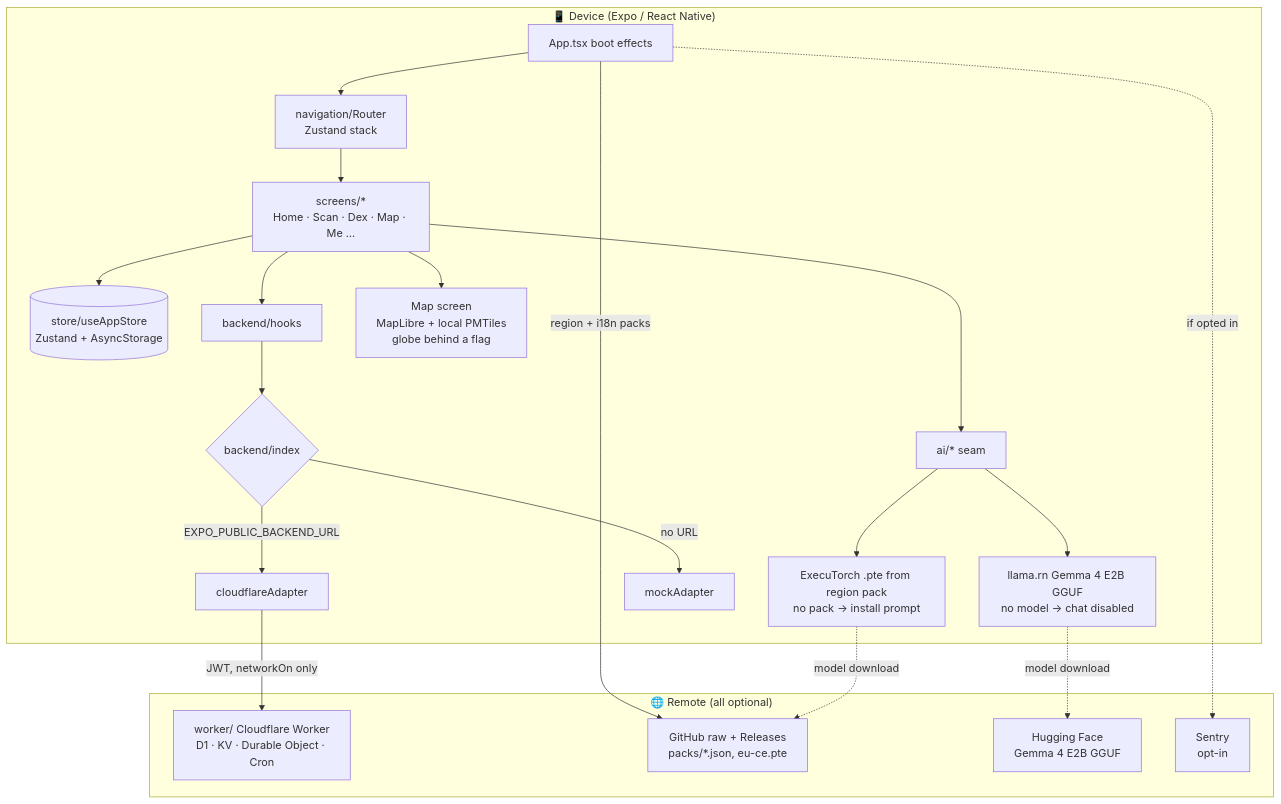
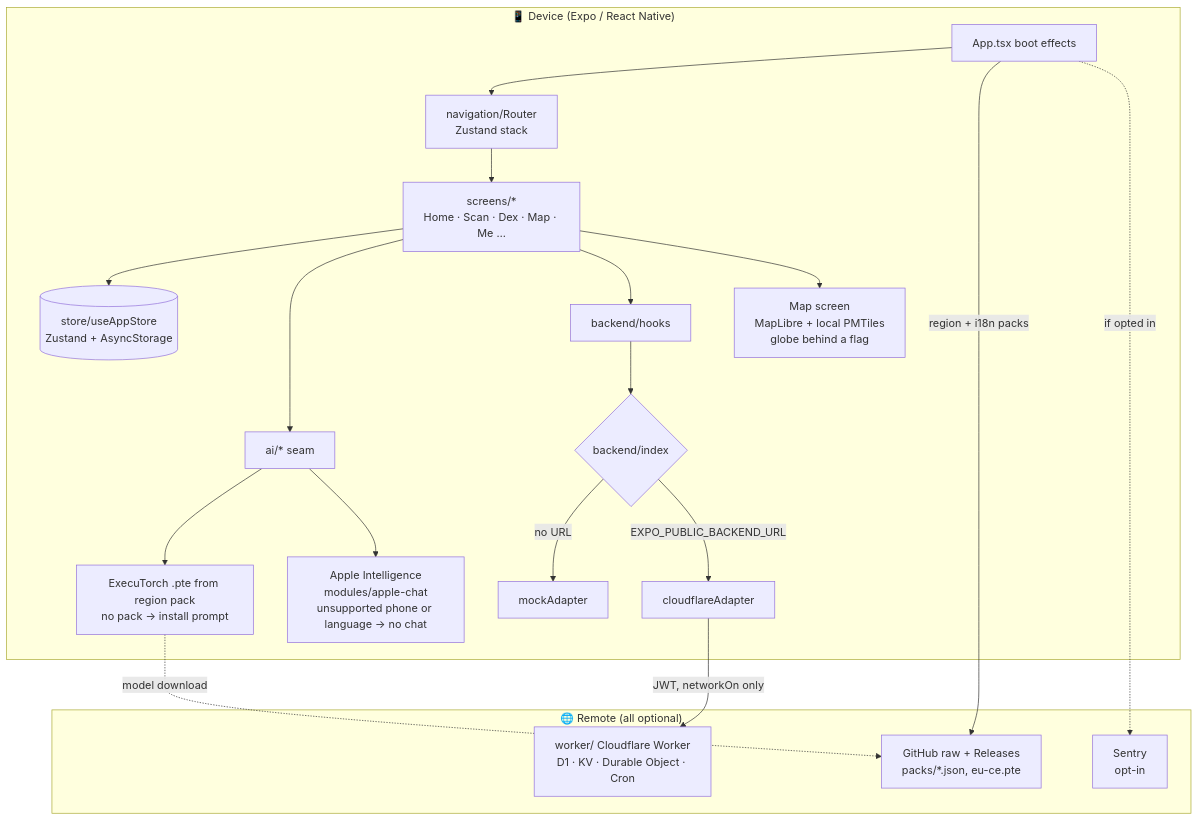
Before and after one commit to krzysztofradomski/critterboard: the diagram in docs/architecture.md, drawn with Mermaid. The commit also changed other lines of this file and 56 other files, not shown here.

First line of the commit message:
Chat runs on Apple Intelligence; remove the downloaded Qwen3 model

````diff
--- a/docs/architecture.md
+++ b/docs/architecture.md
@@ -11,29 +11,27 @@
 ```mermaid
 flowchart TB
   subgraph Device["📱 Device (Expo / React Native)"]
     App[App.tsx boot effects] --> Router[navigation/Router<br/>Zustand stack]
     Router --> Screens[screens/*<br/>Home · Scan · Dex · Map · Me …]
     Screens --> Store[(store/useAppStore<br/>Zustand + AsyncStorage)]
     Screens --> AI[ai/* seam]
     Screens --> Hooks[backend/hooks]
     AI --> Vision[ExecuTorch .pte from region pack<br/>no pack → install prompt]
-    AI --> Chat[llama.rn Gemma 4 E2B GGUF<br/>no model → chat disabled]
+    AI --> Chat[Apple Intelligence<br/>modules/apple-chat<br/>unsupported phone or language → no chat]
     Hooks --> Adapter{backend/index}
     Adapter -->|no URL| Mock[mockAdapter]
     Adapter -->|EXPO_PUBLIC_BACKEND_URL| CF[cloudflareAdapter]
     Screens --> Map[Map screen<br/>MapLibre + local PMTiles<br/>globe behind a flag]
   end
 
   subgraph Remote["🌐 Remote (all optional)"]
     Worker[worker/ Cloudflare Worker<br/>D1 · KV · Durable Object · Cron]
     GH[GitHub raw + Releases<br/>packs/*.json, eu-ce.pte]
-    HF[Hugging Face<br/>Gemma 4 E2B GGUF]
     Sentry[Sentry<br/>opt-in]
   end
 
   CF -->|JWT, networkOn only| Worker
   App -->|region + i18n packs| GH
   Vision -. model download .-> GH
-  Chat -. model download .-> HF
   App -. if opted in .-> Sentry
 ```
````
